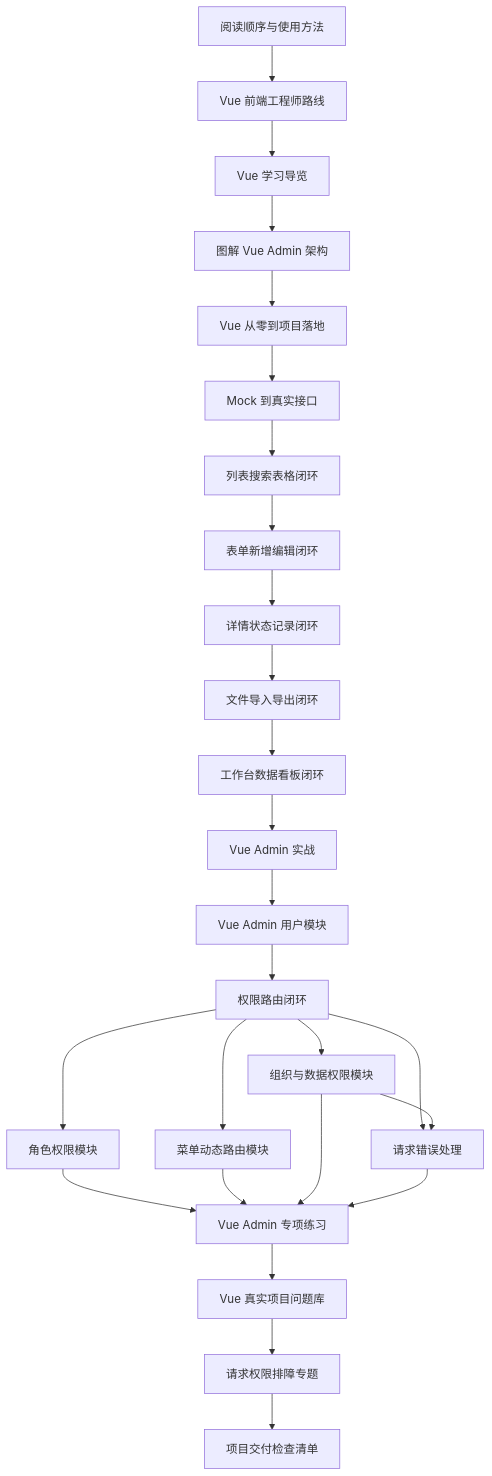
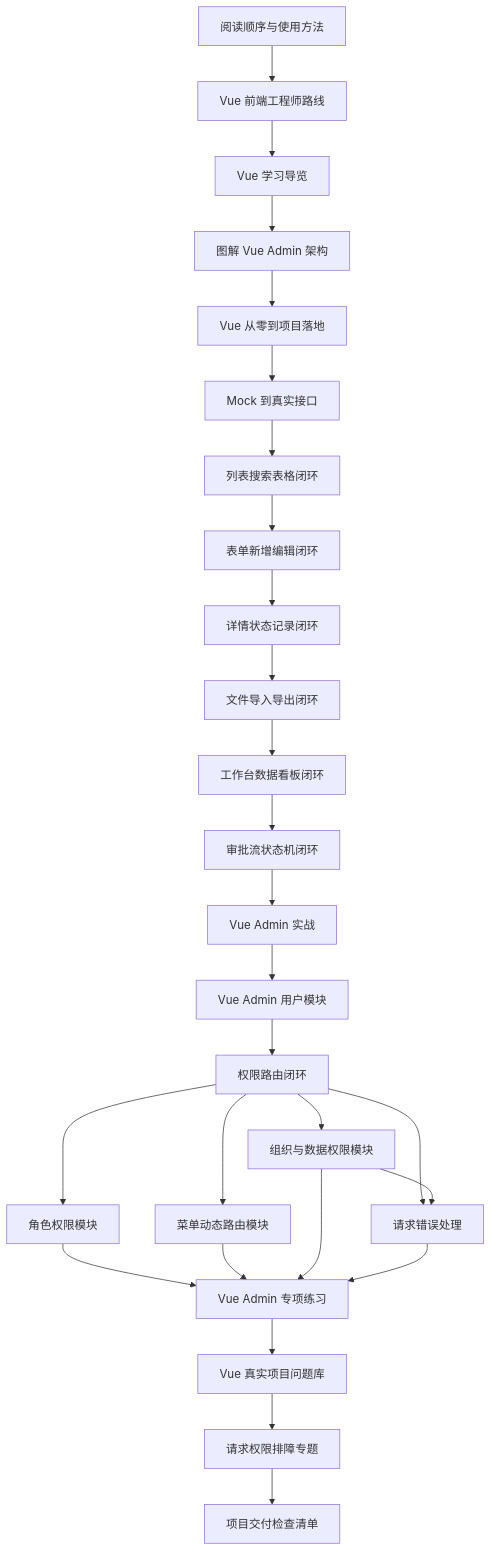
One commit to yokry-he/yok-study-web changed the second of 10 diagrams in docs/roadmap/vue-admin-learning-map.md. Above: the diagram before and after it, drawn with Mermaid. The commit also changed other lines of this file and 13 other files, not shown here.

Commit message:
docs: add Vue Admin approval workflow guide

````diff
--- a/docs/roadmap/vue-admin-learning-map.md
+++ b/docs/roadmap/vue-admin-learning-map.md
@@ -56,28 +56,29 @@
 ```mermaid
 flowchart TD
   A["阅读顺序与使用方法"] --> B["Vue 前端工程师路线"]
   B --> C["Vue 学习导览"]
   C --> D["图解 Vue Admin 架构"]
   D --> E["Vue 从零到项目落地"]
   E --> F["Mock 到真实接口"]
   F --> G["列表搜索表格闭环"]
   G --> H["表单新增编辑闭环"]
   H --> I["详情状态记录闭环"]
   I --> J["文件导入导出闭环"]
   J --> K["工作台数据看板闭环"]
-  K --> L["Vue Admin 实战"]
-  L --> M["Vue Admin 用户模块"]
-  M --> N["权限路由闭环"]
-  N --> O["角色权限模块"]
-  N --> P["菜单动态路由模块"]
-  N --> Q["组织与数据权限模块"]
-  N --> R["请求错误处理"]
-  Q --> R
-  O --> S["Vue Admin 专项练习"]
-  P --> S
-  Q --> S
+  K --> L["审批流状态机闭环"]
+  L --> M["Vue Admin 实战"]
+  M --> N["Vue Admin 用户模块"]
+  N --> O["权限路由闭环"]
+  O --> P["角色权限模块"]
+  O --> Q["菜单动态路由模块"]
+  O --> R["组织与数据权限模块"]
+  O --> S["请求错误处理"]
   R --> S
-  S --> T["Vue 真实项目问题库"]
-  T --> U["请求权限排障专题"]
-  U --> V["项目交付检查清单"]
+  P --> T["Vue Admin 专项练习"]
+  Q --> T
+  R --> T
+  S --> T
+  T --> U["Vue 真实项目问题库"]
+  U --> V["请求权限排障专题"]
+  V --> W["项目交付检查清单"]
 ```
````
